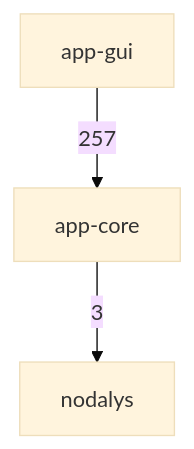
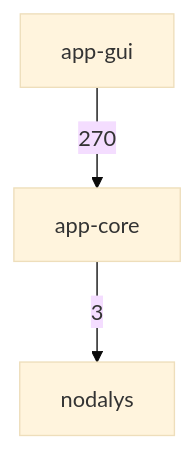
The first of 3 diagrams in docs/architecture.md (ronnymilleo/imcsim), drawn with Mermaid (base theme) before and after one commit. The commit also changed other lines of this file and 99 other files, not shown here.

````diff
--- a/docs/architecture.md
+++ b/docs/architecture.md
@@ -22,8 +22,8 @@
 ```mermaid
 flowchart TD
     app_gui[app-gui]
     app_core[app-core]
     nodalys[nodalys]
     app_core -->|3| nodalys
-    app_gui -->|257| app_core
+    app_gui -->|270| app_core
 ```
````
